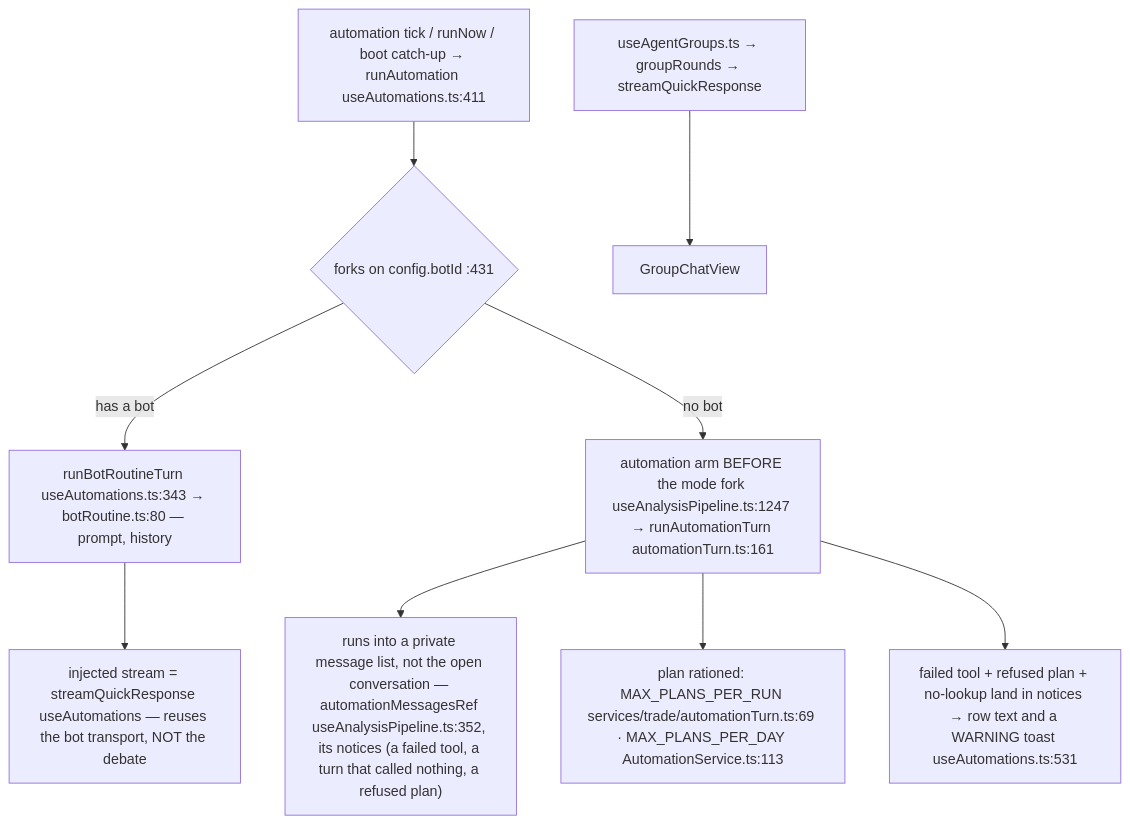
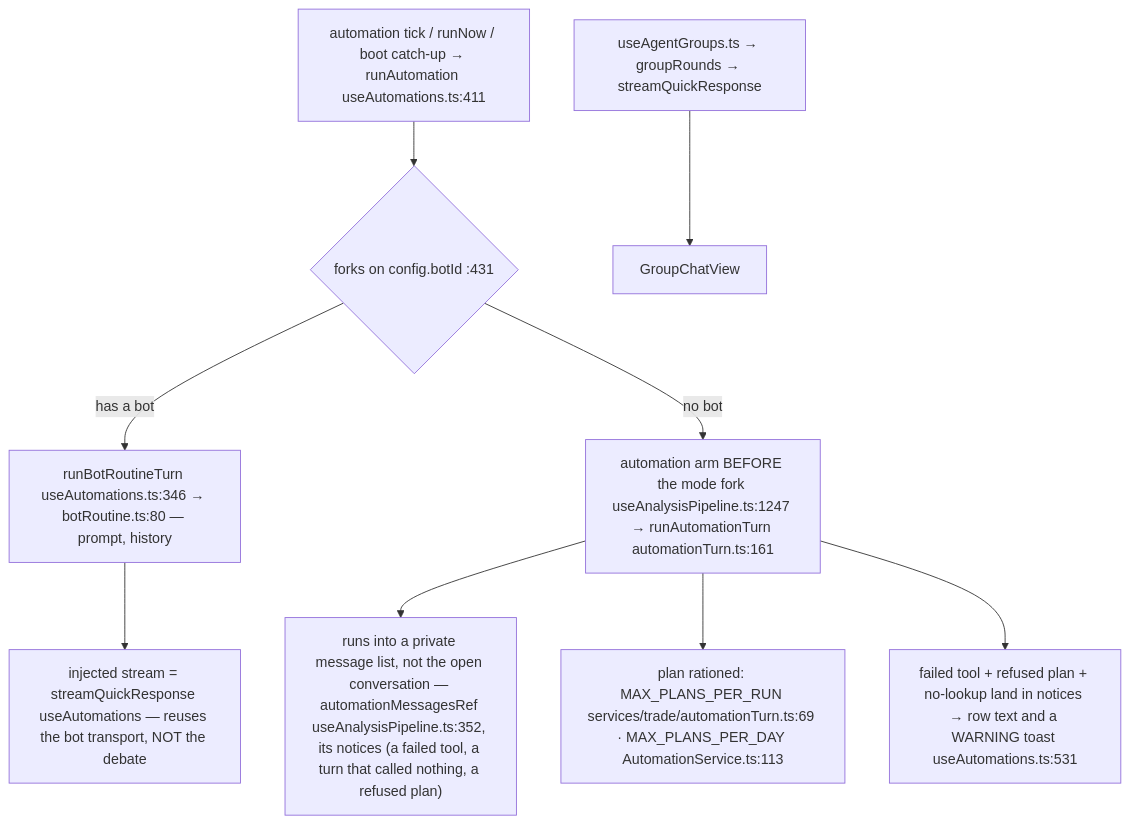
Before and after one commit to Acepay25/august-3.5: the fifth of 7 diagrams in docs/app-flow.md, drawn with Mermaid. The commit also changed other lines of this file and 3 other files, not shown here.

````diff
--- a/docs/app-flow.md
+++ b/docs/app-flow.md
@@ -298,11 +299,11 @@
 ```mermaid
 flowchart TD
     TK["automation tick / runNow / boot catch-up → runAutomation useAutomations.ts:411"] --> D{"forks on config.botId :431"}
-    D -->|has a bot| BR["runBotRoutineTurn useAutomations.ts:343 → botRoutine.ts:80 — prompt, history"]
+    D -->|has a bot| BR["runBotRoutineTurn useAutomations.ts:346 → botRoutine.ts:80 — prompt, history"]
     BR --> ST["injected stream = streamQuickResponse useAutomations — reuses the bot transport, NOT the debate"]
     D -->|no bot| AT["automation arm BEFORE the mode fork useAnalysisPipeline.ts:1247 → runAutomationTurn automationTurn.ts:161"]
     AT --> PRIV["runs into a private message list, not the open conversation — automationMessagesRef useAnalysisPipeline.ts:352, its notices (a failed tool, a turn that called nothing, a refused plan)"]
     AT --> CAP["plan rationed: MAX_PLANS_PER_RUN services/trade/automationTurn.ts:69 · MAX_PLANS_PER_DAY AutomationService.ts:113"]
     AT --> FAIL["failed tool + refused plan + no-lookup land in notices → row text and a WARNING toast useAutomations.ts:531"]
     GR["useAgentGroups.ts → groupRounds → streamQuickResponse"] --> GV["GroupChatView"]
 ```
````
